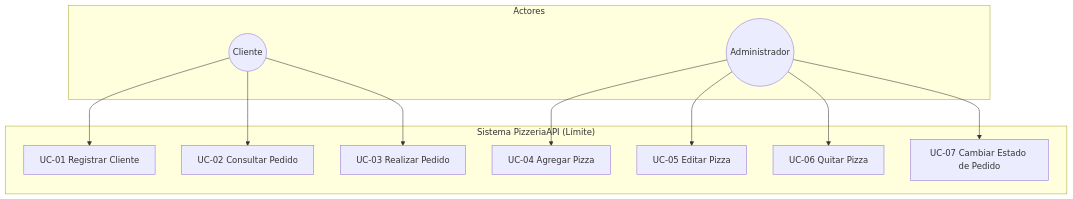
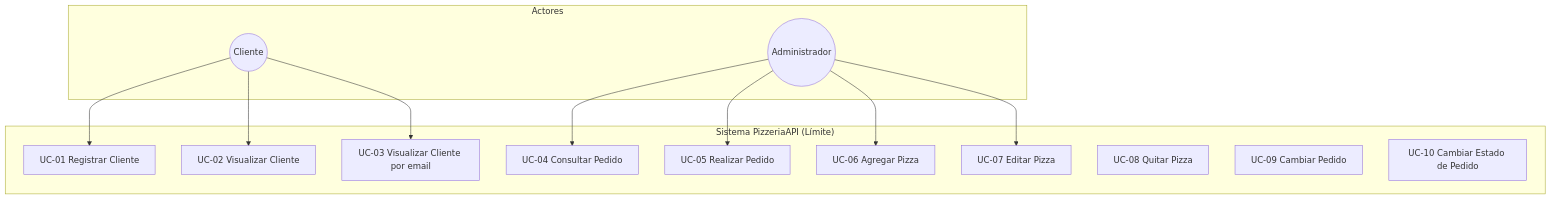
Before and after one commit to MonkiCapo/Trabajos2026: the diagram in Plan3.2/Docs/CasosDeUso.md, drawn with Mermaid.

Commit message:
Al fin subi algo

````diff
--- a/Plan3.2/Docs/CasosDeUso.md
+++ b/Plan3.2/Docs/CasosDeUso.md
@@ -10,25 +10,28 @@
 ```mermaid
 graph TB
     subgraph Actores
         CLI((Cliente))
         ADM((Administrador))
     end
 
     subgraph "Sistema PizzeriaAPI (Límite)"
         UC1["UC-01 Registrar Cliente"]
-        UC2["UC-02 Consultar Pedido"]
-        UC3["UC-03 Realizar Pedido"]
-        UC4["UC-04 Agregar Pizza"]
-        UC5["UC-05 Editar Pizza"]
-        UC6["UC-06 Quitar Pizza"]
-        UC7["UC-07 Cambiar Estado de Pedido"]
+        UC2["UC-02 Visualizar Cliente"]
+        UC3["UC-03 Visualizar Cliente por email"]
+        UC4["UC-04 Consultar Pedido"]
+        UC5["UC-05 Realizar Pedido"]
+        UC6["UC-06 Agregar Pizza"]
+        UC7["UC-07 Editar Pizza"]
+        UC8["UC-08 Quitar Pizza"]
+        UC9["UC-09 Cambiar Pedido"]
+        UC10["UC-10 Cambiar Estado de Pedido"]
     end
 
     CLI --> UC1
     CLI --> UC2
     CLI --> UC3
     ADM --> UC4
     ADM --> UC5
     ADM --> UC6
     ADM --> UC7
 ```
````
